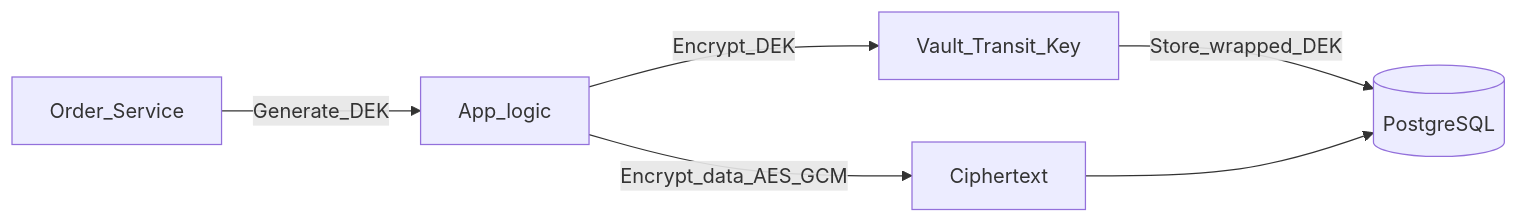
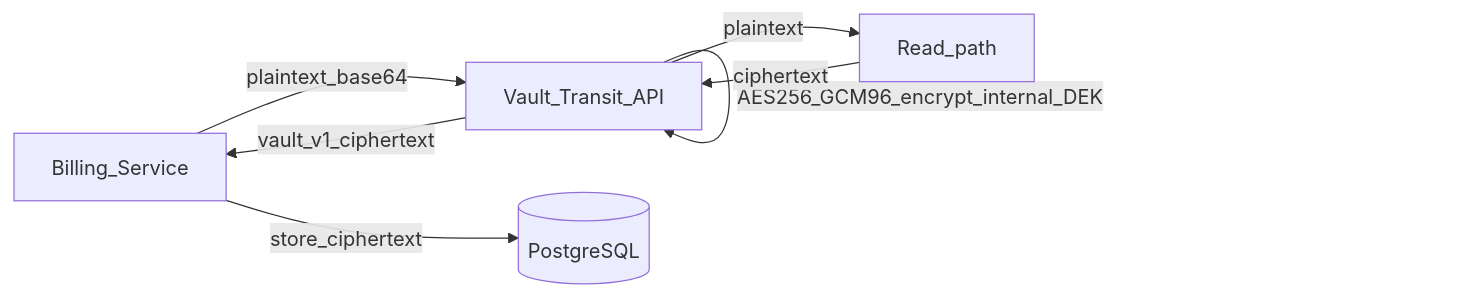
One commit to ntd4nh/NT219.Q22.ANTT changed the seventh of 7 diagrams in docs/books/Kien-truc-he-thong-NT219.md. Above: the diagram before and after it, drawn with Mermaid. The commit also changed other lines of this file and 85 other files, not shown here.

````diff
--- a/docs/books/Kien-truc-he-thong-NT219.md
+++ b/docs/books/Kien-truc-he-thong-NT219.md
@@ -410,8 +413,9 @@
 ```mermaid
 flowchart LR
-  Svc[Order_Service] -->|Generate_DEK| App[App_logic]
-  App -->|Encrypt_data_AES_GCM| Cipher[Ciphertext]
-  App -->|Encrypt_DEK| Vault[Vault_Transit_Key]
-  Vault -->|Store_wrapped_DEK| DB[(PostgreSQL)]
-  Cipher --> DB
+  Svc[Billing_Service] -->|plaintext_base64| Vault[Vault_Transit_API]
+  Vault -->|AES256_GCM96_encrypt_internal_DEK| Vault
+  Vault -->|vault_v1_ciphertext| Svc
+  Svc -->|store_ciphertext| DB[(PostgreSQL)]
+  Svc2[Read_path] -->|ciphertext| Vault
+  Vault -->|plaintext| Svc2
 ```
````
